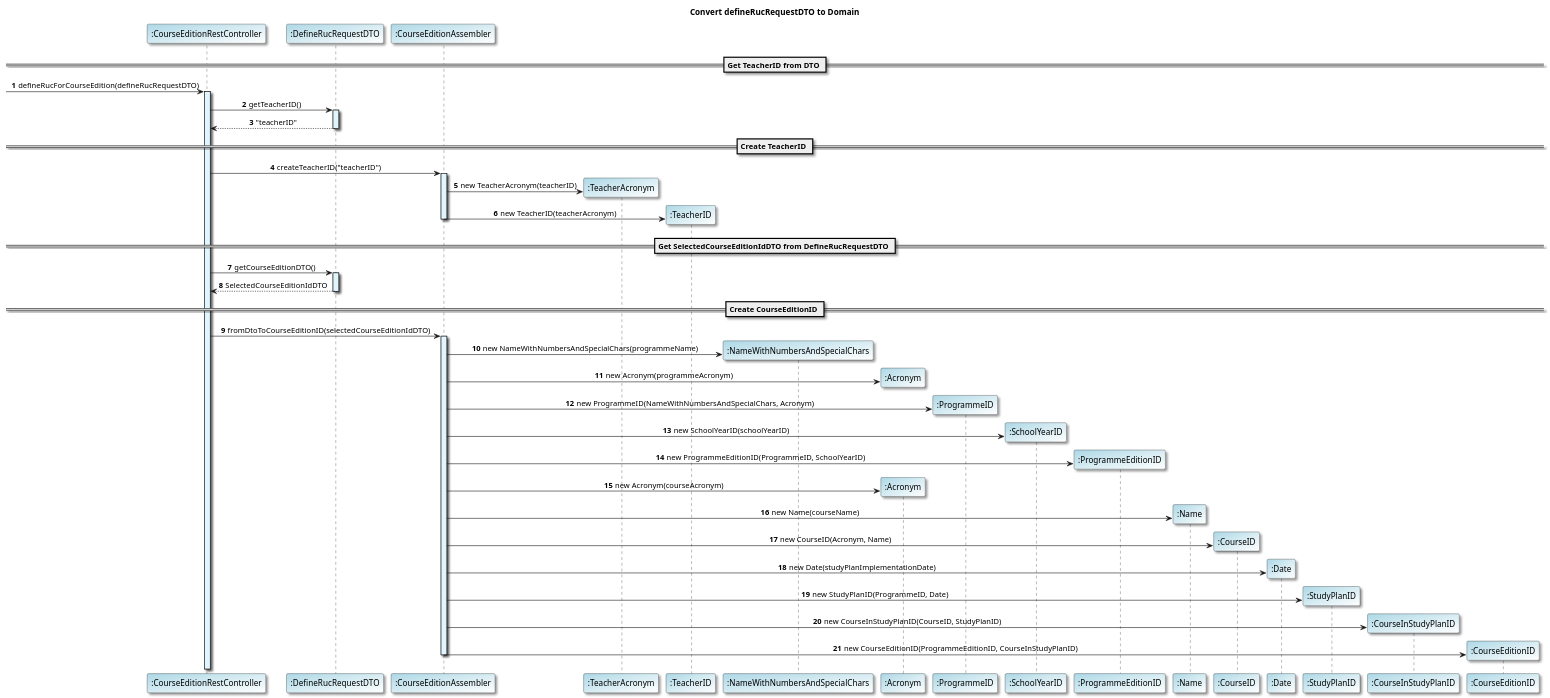
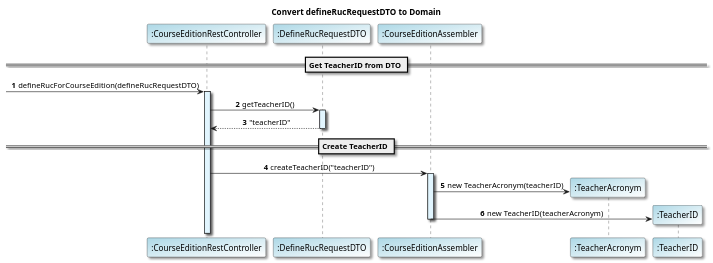
The diagram in docs/US38/sprint7_RestAPI/scenarioView/refs/ConvertDefineRucRequestDTOToDomain_referenceDiagram.puml (GasparISEP/DevOps-PAI), drawn with PlantUML before and after one commit.

Commit message:
updated DefineRucRequestDTOToDomain referenceDiagram refs -#708

```diff
--- a/docs/US38/sprint7_RestAPI/scenarioView/refs/ConvertDefineRucRequestDTOToDomain_referenceDiagram.puml
+++ b/docs/US38/sprint7_RestAPI/scenarioView/refs/ConvertDefineRucRequestDTOToDomain_referenceDiagram.puml
@@ -1,57 +1,35 @@
 @startuml
 title Convert defineRucRequestDTO to Domain
 
 skinparam defaultFontName "Verdana"
 skinparam defaultTextAlignment center
 skinparam shadowing true
 skinparam participantBackgroundColor #lightblue/white
 
 autonumber
 
 participant ":CourseEditionRestController" as Controller
 participant ":DefineRucRequestDTO" as DTO
 participant ":CourseEditionAssembler" as Assembler
 
 == Get TeacherID from DTO ==
 
 -> Controller: defineRucForCourseEdition(defineRucRequestDTO)
 activate Controller #E1F5FE
 Controller -> DTO : getTeacherID()
 activate DTO #E1F5FE
 DTO --> Controller : "teacherID"
 deactivate DTO
 
 == Create TeacherID ==
 Controller -> Assembler : createTeacherID("teacherID")
 activate Assembler #E1F5FE
 Assembler -> ":TeacherAcronym"** : new TeacherAcronym(teacherID)
 Assembler -> ":TeacherID" ** : new TeacherID(teacherAcronym)
 deactivate Assembler
 
-== Get SelectedCourseEditionIdDTO from DefineRucRequestDTO ==
-Controller -> DTO : getCourseEditionDTO()
-activate DTO #E1F5FE
-DTO --> Controller : SelectedCourseEditionIdDTO
-deactivate DTO
-
-== Create CourseEditionID ==
-Controller -> Assembler : fromDtoToCourseEditionID(selectedCourseEditionIdDTO)
-activate Assembler #E1F5FE
-
-Assembler -> ":NameWithNumbersAndSpecialChars"**: new NameWithNumbersAndSpecialChars(programmeName)
-Assembler -> ":Acronym"** : new Acronym(programmeAcronym)
-Assembler -> ":ProgrammeID"**: new ProgrammeID(NameWithNumbersAndSpecialChars, Acronym)
-Assembler -> ":SchoolYearID"** : new SchoolYearID(schoolYearID)
-Assembler -> ":ProgrammeEditionID"**: new ProgrammeEditionID(ProgrammeID, SchoolYearID)
-Assembler -> ":Acronym"** : new Acronym(courseAcronym)
-Assembler -> ":Name"** : new Name(courseName)
-Assembler -> ":CourseID"** : new CourseID(Acronym, Name)
-Assembler -> ":Date"**: new Date(studyPlanImplementationDate)
-Assembler -> ":StudyPlanID"**: new StudyPlanID(ProgrammeID, Date)
-Assembler -> ":CourseInStudyPlanID"** : new CourseInStudyPlanID(CourseID, StudyPlanID)
-Assembler -> ":CourseEditionID"** : new CourseEditionID(ProgrammeEditionID, CourseInStudyPlanID)
 
 
 deactivate Assembler
 
 @enduml
```
